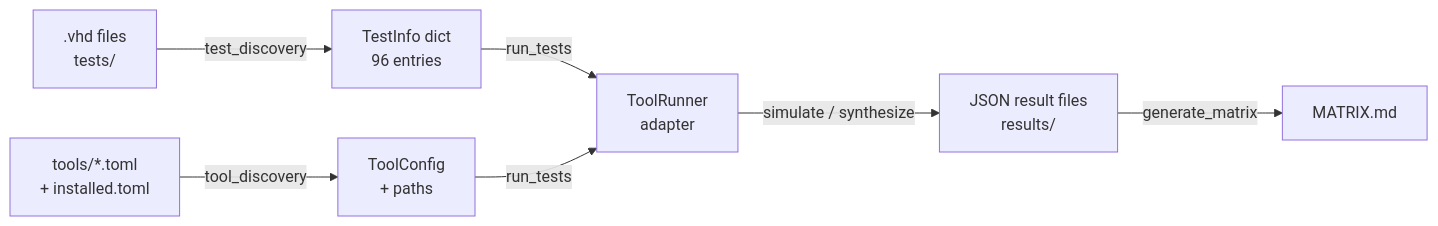
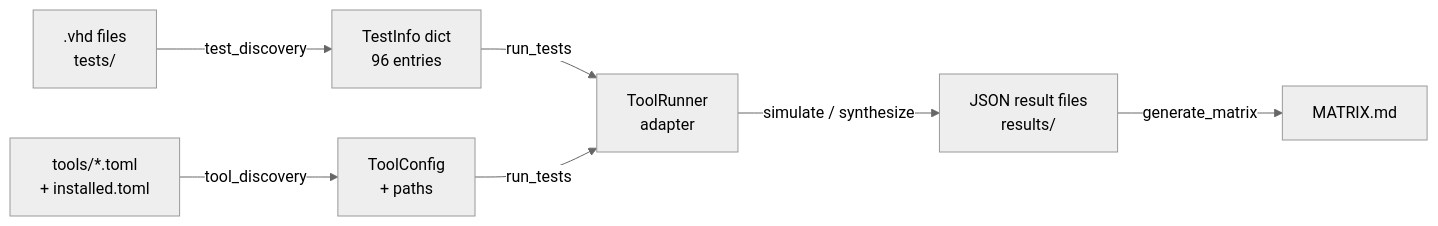
One commit to baverrud/vhdl-compat changed the diagram in docs/ARCHITECTURE.md. Above: the diagram before and after it, drawn with Mermaid.

Commit message:
Fix Mermaid diagram theme for GitHub rendering

````diff
--- a/docs/ARCHITECTURE.md
+++ b/docs/ARCHITECTURE.md
@@ -10,9 +10,10 @@
 ```mermaid
+%%{init: {'theme': 'neutral'}}%%
 graph LR
-    A[.vhd files<br/>tests/] -->|test_discovery| B[TestInfo dict<br/>96 entries]
-    B -->|run_tests| C[ToolRunner<br/>adapter]
-    D[tools/*.toml<br/>+ installed.toml] -->|tool_discovery| E[ToolConfig<br/>+ paths]
+    A[".vhd files<br/>tests/"] -->|test_discovery| B["TestInfo dict<br/>96 entries"]
+    B -->|run_tests| C["ToolRunner<br/>adapter"]
+    D["tools/*.toml<br/>+ installed.toml"] -->|tool_discovery| E["ToolConfig<br/>+ paths"]
     E -->|run_tests| C
-    C -->|simulate / synthesize| F[JSON result files<br/>results/]
+    C -->|simulate / synthesize| F["JSON result files<br/>results/"]
     F -->|generate_matrix| G[MATRIX.md]
 ```
````
